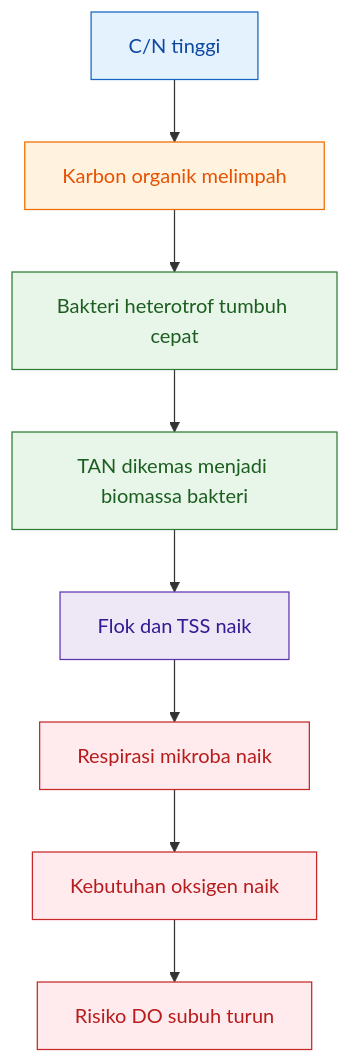
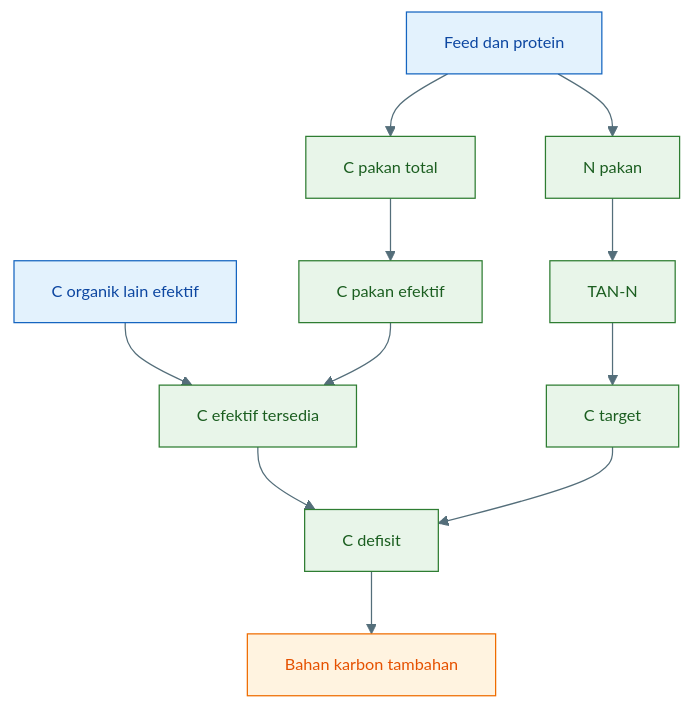
One commit to slametsampon/kawruhnology changed the fifth of 32 diagrams in content/blog/agri/perikanan/ratio-cn-rendah-biflok.mdx. Above: the diagram before and after it, drawn with Mermaid. The commit also changed other lines of this file, not shown here.

````diff
--- a/content/blog/agri/perikanan/ratio-cn-rendah-biflok.mdx
+++ b/content/blog/agri/perikanan/ratio-cn-rendah-biflok.mdx
@@ -799,22 +1165,38 @@
-```mermaid id="a9x3m2"
+```mermaid id="alur-definisi-cn-efektif"
+%%{init: {'theme':'base','themeVariables':{
+'primaryColor':'#E3F2FD',
+'primaryTextColor':'#0D47A1',
+'primaryBorderColor':'#1565C0',
+'secondaryColor':'#E8F5E9',
+'secondaryTextColor':'#1B5E20',
+'secondaryBorderColor':'#2E7D32',
+'tertiaryColor':'#FFF3E0',
+'tertiaryTextColor':'#E65100',
+'tertiaryBorderColor':'#EF6C00',
+'lineColor':'#546E7A',
+'fontSize':'13px'
+}}}%%
 flowchart TD
-    A["C/N tinggi"] --> B["Karbon organik melimpah"]
-    B --> C["Bakteri heterotrof tumbuh cepat"]
-    C --> D["TAN dikemas menjadi biomassa bakteri"]
-    D --> E["Flok dan TSS naik"]
-    E --> F["Respirasi mikroba naik"]
-    F --> G["Kebutuhan oksigen naik"]
-    G --> H["Risiko DO subuh turun"]
+    A["Feed dan protein"] --> B["N pakan"]
+    B --> C["TAN-N"]
 
-    classDef start fill:#e3f2fd,stroke:#1565c0,color:#0d47a1;
-    classDef carbon fill:#fff3e0,stroke:#ef6c00,color:#e65100;
-    classDef microbe fill:#e8f5e9,stroke:#2e7d32,color:#1b5e20;
-    classDef solid fill:#ede7f6,stroke:#5e35b1,color:#311b92;
-    classDef oxygen fill:#ffebee,stroke:#c62828,color:#b71c1c;
+    A --> D["C pakan total"]
+    D --> E["C pakan efektif"]
 
-    class A start;
-    class B carbon;
-    class C,D microbe;
-    class E solid;
-    class F,G,H oxygen;
+    F["C organik lain efektif"] --> G["C efektif tersedia"]
+    E --> G
+
+    C --> H["C target"]
+    G --> I["C defisit"]
+
+    H --> I
+    I --> J["Bahan karbon tambahan"]
+
+    classDef input fill:#E3F2FD,stroke:#1565C0,color:#0D47A1;
+    classDef proses fill:#E8F5E9,stroke:#2E7D32,color:#1B5E20;
+    classDef output fill:#FFF3E0,stroke:#EF6C00,color:#E65100;
+
+    class A,F input;
+    class B,C,D,E,G,H,I proses;
+    class J output;
 ```
````
